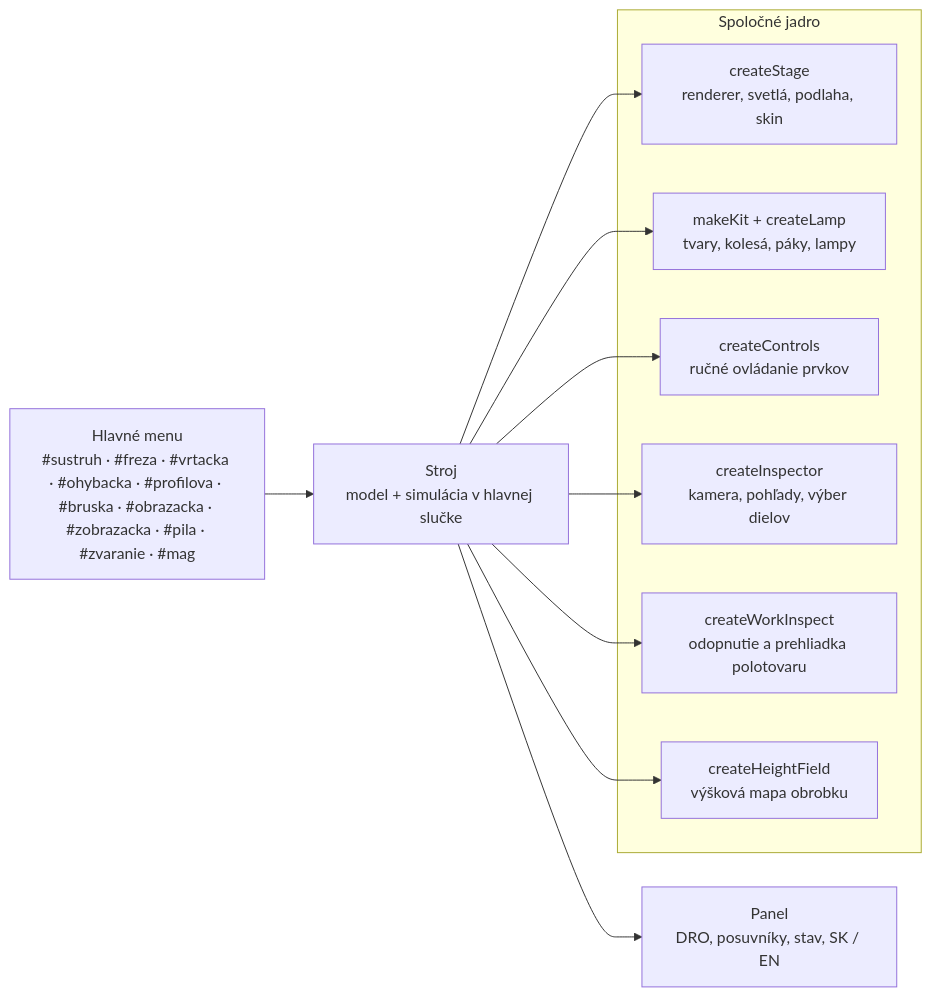
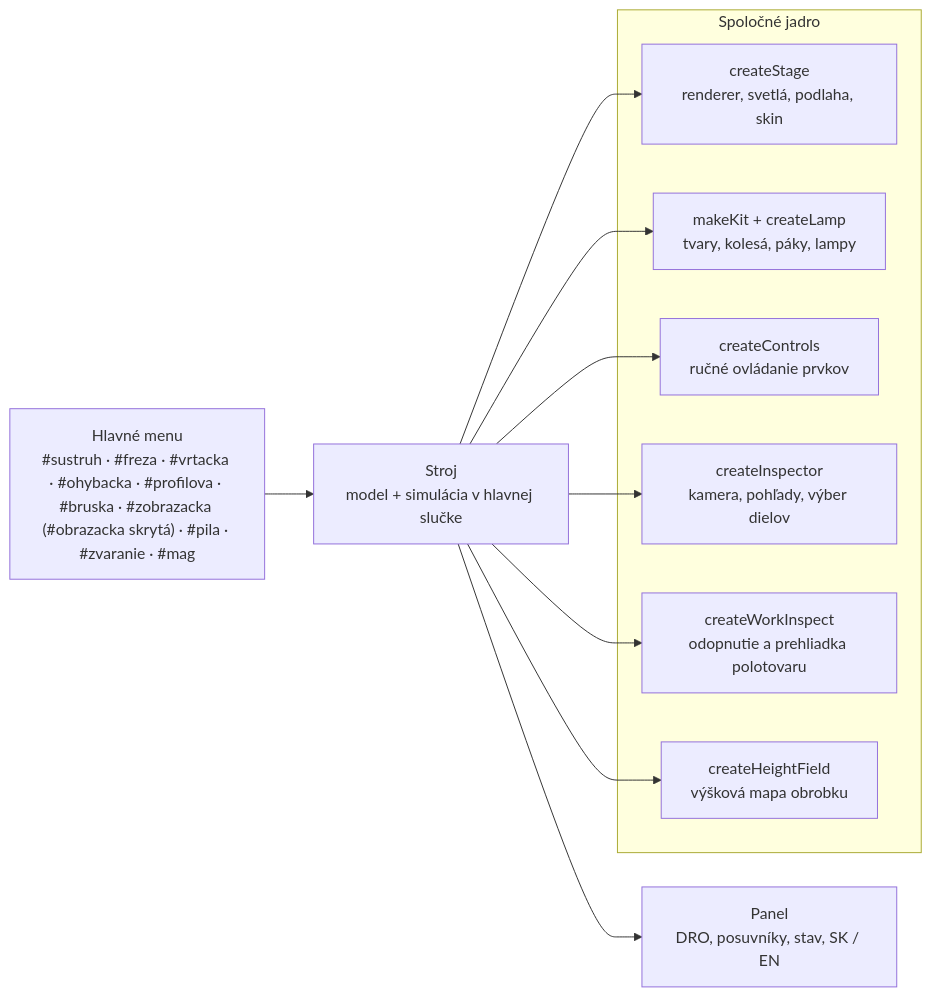
Before and after one commit to bucala/Real-machine-tools: the diagram in README.md, drawn with Mermaid. The commit also changed other lines of this file and 37 other files, not shown here.

````diff
--- a/README.md
+++ b/README.md
@@ -212,14 +212,14 @@
 ```mermaid
 flowchart LR
-  menu["Hlavné menu<br/>#sustruh · #freza · #vrtacka · #ohybacka · #profilova · #bruska · #obrazacka · #zobrazacka · #pila · #zvaranie · #mag"] --> machine
+  menu["Hlavné menu<br/>#sustruh · #freza · #vrtacka · #ohybacka · #profilova · #bruska · #zobrazacka (#obrazacka skrytá) · #pila · #zvaranie · #mag"] --> machine
   subgraph core["Spoločné jadro"]
     stage["createStage<br/>renderer, svetlá, podlaha, skin"]
     kit["makeKit + createLamp<br/>tvary, kolesá, páky, lampy"]
     ctrl["createControls<br/>ručné ovládanie prvkov"]
     insp["createInspector<br/>kamera, pohľady, výber dielov"]
     wi["createWorkInspect<br/>odopnutie a prehliadka polotovaru"]
     hf["createHeightField<br/>výšková mapa obrobku"]
   end
   machine["Stroj<br/>model + simulácia v hlavnej slučke"] --> stage & kit & ctrl & insp & wi & hf
   machine --> panel["Panel<br/>DRO, posuvníky, stav, SK / EN"]
 ```
````
